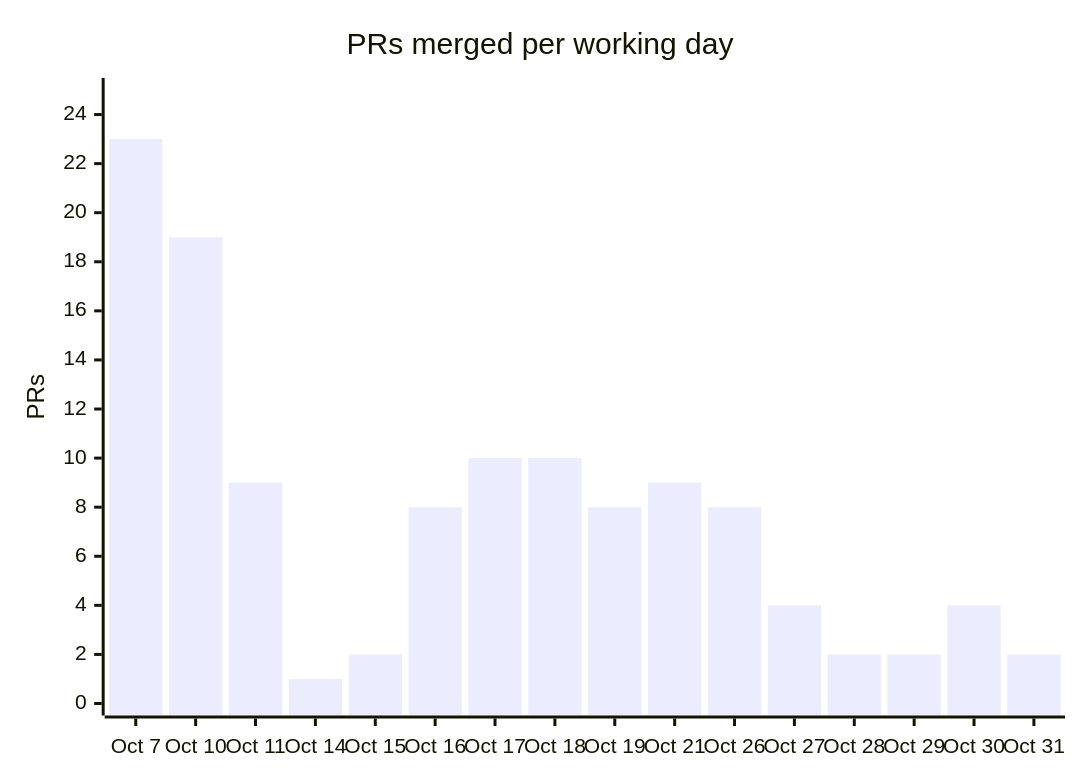
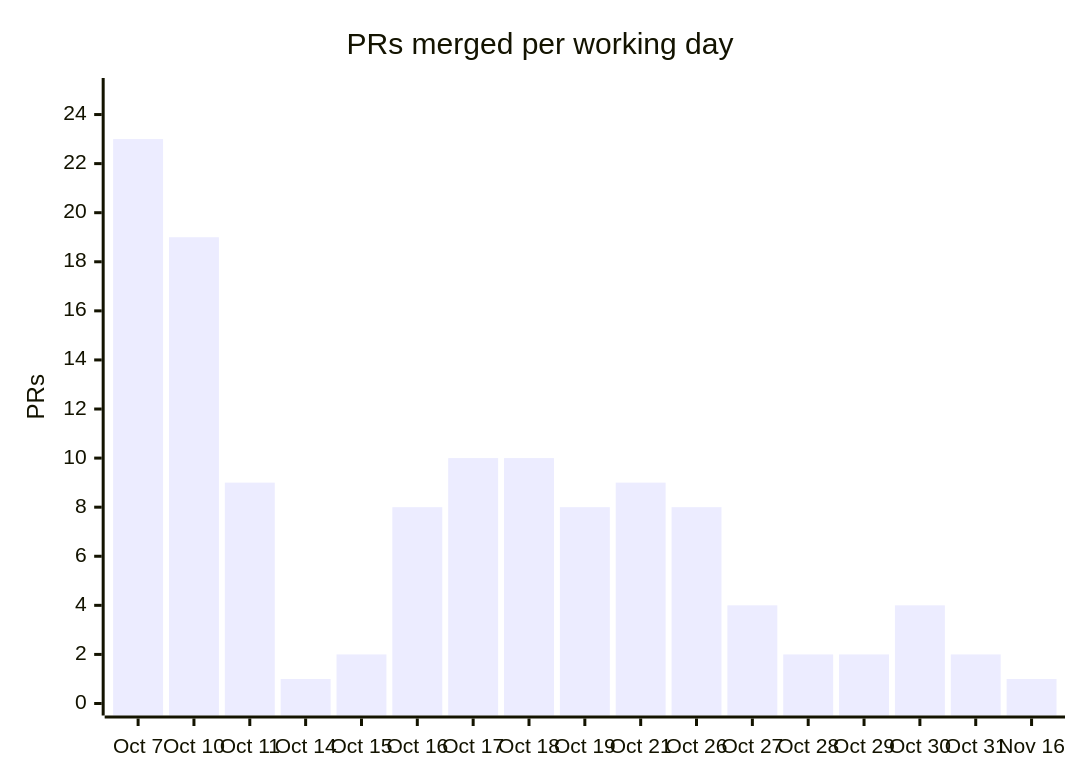
Before and after one commit to cmprssd/swjkja: the fourth of 7 diagrams in docs/OVERVIEW.md, drawn with Mermaid. The commit also changed other lines of this file and 7 other files, not shown here.

````diff
--- a/docs/OVERVIEW.md
+++ b/docs/OVERVIEW.md
@@ -166,7 +167,7 @@
 ```mermaid
 xychart-beta
     title "PRs merged per working day"
-    x-axis ["Oct 7", "Oct 10", "Oct 11", "Oct 14", "Oct 15", "Oct 16", "Oct 17", "Oct 18", "Oct 19", "Oct 21", "Oct 26", "Oct 27", "Oct 28", "Oct 29", "Oct 30", "Oct 31"]
+    x-axis ["Oct 7", "Oct 10", "Oct 11", "Oct 14", "Oct 15", "Oct 16", "Oct 17", "Oct 18", "Oct 19", "Oct 21", "Oct 26", "Oct 27", "Oct 28", "Oct 29", "Oct 30", "Oct 31", "Nov 16"]
     y-axis "PRs" 0 --> 25
-    bar [23, 19, 9, 1, 2, 8, 10, 10, 8, 9, 8, 4, 2, 2, 4, 2]
+    bar [23, 19, 9, 1, 2, 8, 10, 10, 8, 9, 8, 4, 2, 2, 4, 2, 1]
 ```
````
